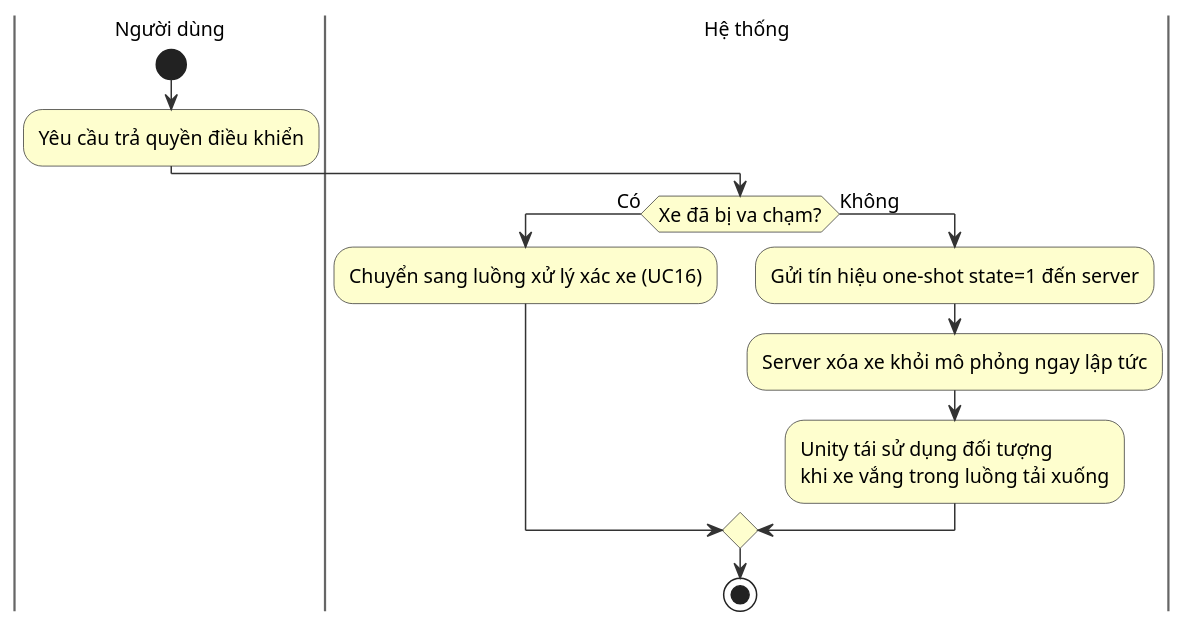
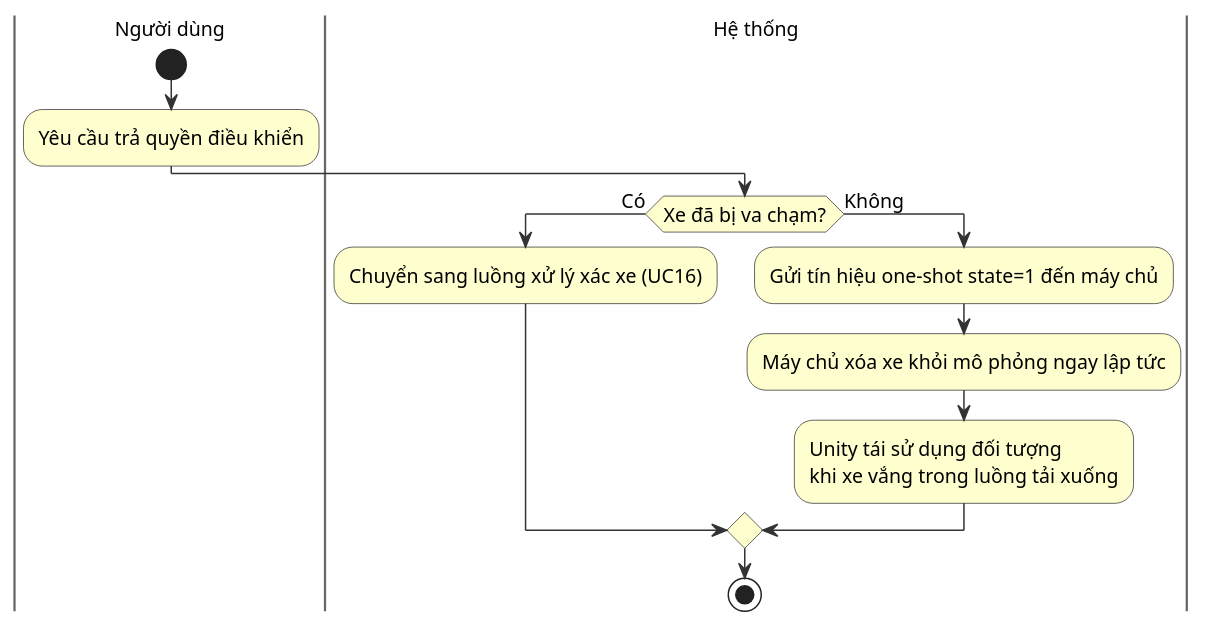
The diagram in DiagramsCode/hinh2.9-hoat-dong-uc15.puml (MinhHoang137/SUMO-GR1), drawn with PlantUML before and after one commit. The commit also changed 17 other files, not shown here.

```diff
--- a/DiagramsCode/hinh2.9-hoat-dong-uc15.puml
+++ b/DiagramsCode/hinh2.9-hoat-dong-uc15.puml
@@ -1,27 +1,27 @@
 @startuml hinh2.9-hoat-dong-uc15
 skinparam defaultFontName Arial
 skinparam defaultFontSize 13
 skinparam ActivityBackgroundColor #FEFECE
 skinparam ActivityBorderColor #333333
 skinparam ArrowColor #333333
 skinparam ActivityDiamondBackgroundColor #FEFECE
 skinparam ActivityDiamondBorderColor #333333
 skinparam SwimlaneBorderColor #666666
 skinparam SwimlaneTitleFontSize 13
 
 |Người dùng|
 start
 :Yêu cầu trả quyền điều khiển;
 
 |Hệ thống|
 if (Xe đã bị va chạm?) then (Có)
   :Chuyển sang luồng xử lý xác xe (UC16);
 else (Không)
-  :Gửi tín hiệu one-shot state=1 đến server;
-  :Server xóa xe khỏi mô phỏng ngay lập tức;
+  :Gửi tín hiệu one-shot state=1 đến máy chủ;
+  :Máy chủ xóa xe khỏi mô phỏng ngay lập tức;
   :Unity tái sử dụng đối tượng\nkhi xe vắng trong luồng tải xuống;
 endif
 
 stop
 
 @enduml
```
